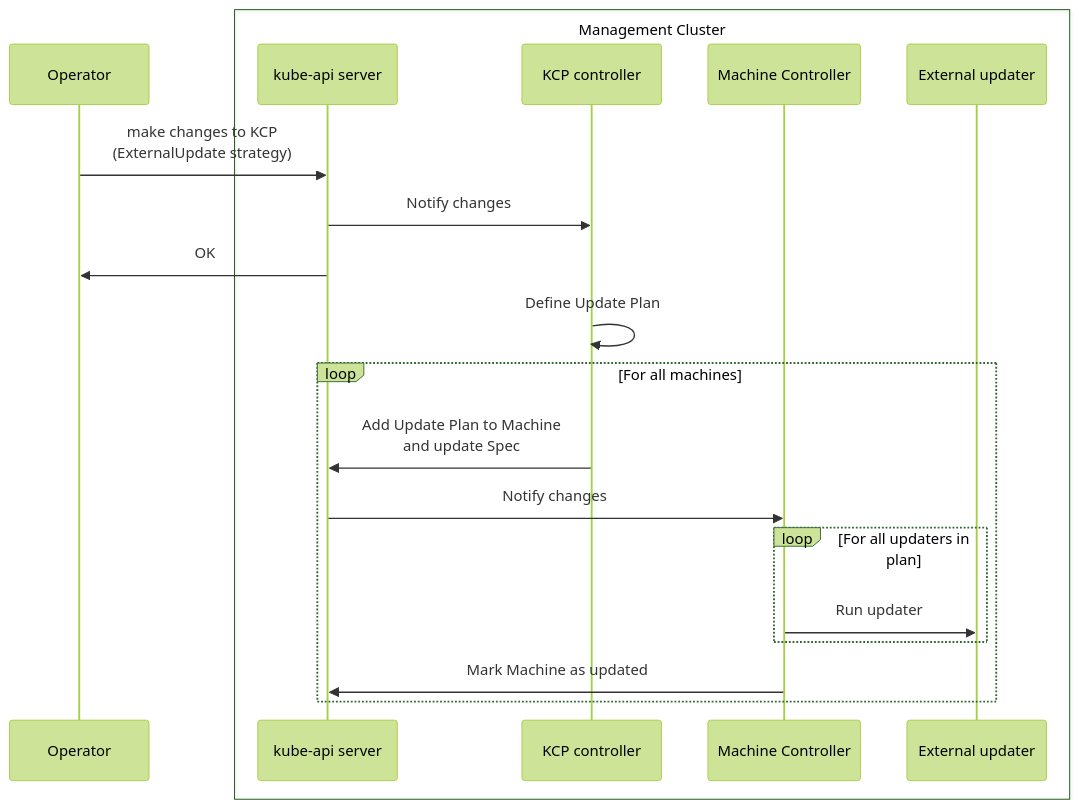
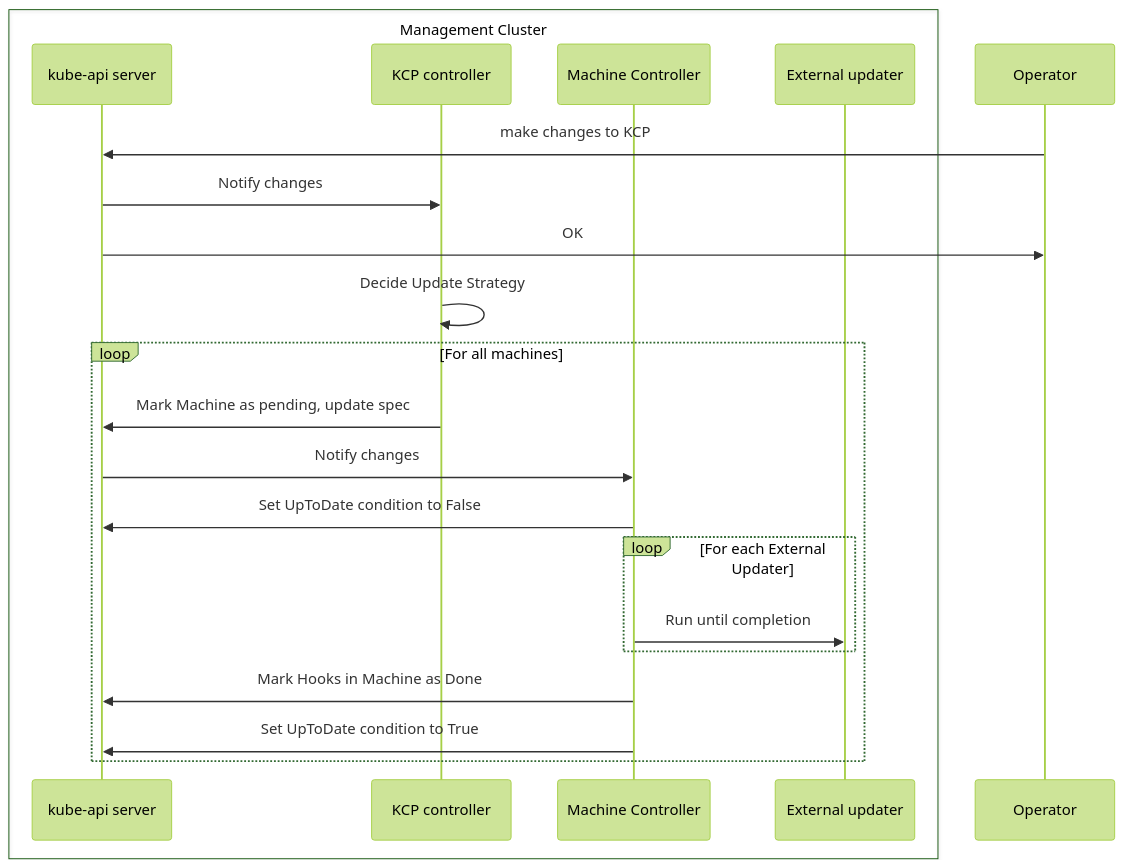
Before and after one commit to kubernetes-sigs/cluster-api: the fourth of 9 diagrams in docs/proposals/20240807-in-place-updates.md, drawn with Mermaid (forest theme). The commit also changed other lines of this file, not shown here.

````diff
--- a/docs/proposals/20240807-in-place-updates.md
+++ b/docs/proposals/20240807-in-place-updates.md
@@ -313,23 +320,24 @@
 ```mermaid
 sequenceDiagram
-participant Operator
 box Management Cluster
     participant apiserver as kube-api server
     participant capi as KCP controller
     participant mach as Machine Controller
     participant hook as External updater
 end
 
-Operator->>apiserver: make changes to KCP <br>(ExternalUpdate strategy)
+Operator->>apiserver: make changes to KCP
 apiserver->>capi: Notify changes
 apiserver->>Operator: OK
-capi->>capi: Define Update Plan
+capi->>capi: Decide Update Strategy
 loop For all machines
-    capi->>apiserver: Add Update Plan to Machine <br> and update Spec 
+    capi->>apiserver: Mark Machine as pending, update spec
     apiserver->>mach: Notify changes
-    loop For all updaters in plan
-        mach->>hook: Run updater
+    mach->>apiserver: Set UpToDate condition to False
+    loop For each External Updater
+        mach->>hook: Run until completion
     end
-    mach->>apiserver: Mark Machine as updated
+    mach->>apiserver: Mark Hooks in Machine as Done
+    mach->>apiserver: Set UpToDate condition to True
 end
 ```
````
